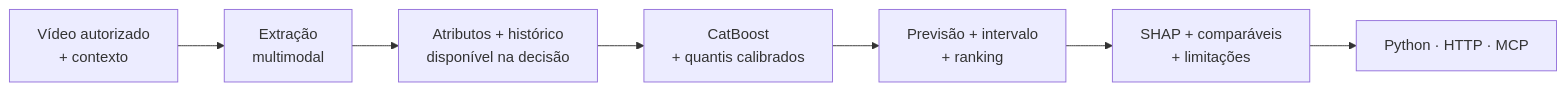
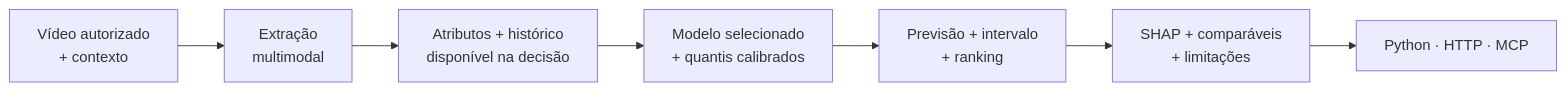
One commit to Gui0206/case-galaxies changed the diagram in README.md. Above: the diagram before and after it, drawn with Mermaid. The commit also changed other lines of this file and 16 other files, not shown here.

````diff
--- a/README.md
+++ b/README.md
@@ -26,9 +32,9 @@
 ```mermaid
 flowchart LR
     V["Vídeo autorizado<br>+ contexto"] --> E["Extração<br>multimodal"]
     E --> F["Atributos + histórico<br>disponível na decisão"]
-    F --> M["CatBoost<br>+ quantis calibrados"]
+    F --> M["Modelo selecionado<br>+ quantis calibrados"]
     M --> P["Previsão + intervalo<br>+ ranking"]
     P --> X["SHAP + comparáveis<br>+ limitações"]
     X --> T["Python · HTTP · MCP"]
 ```
````
